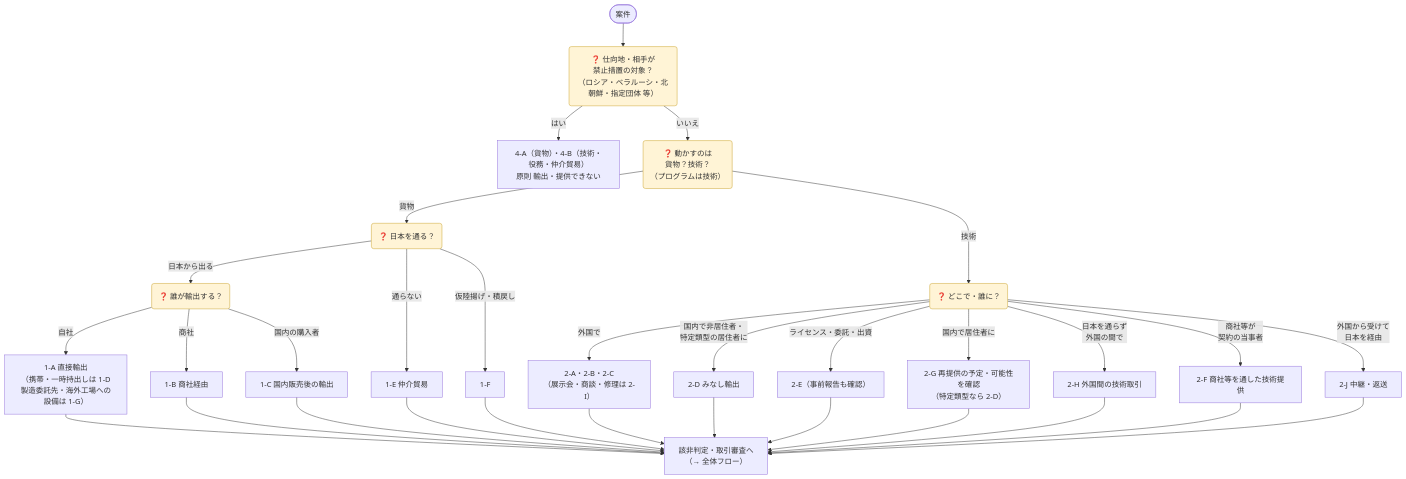
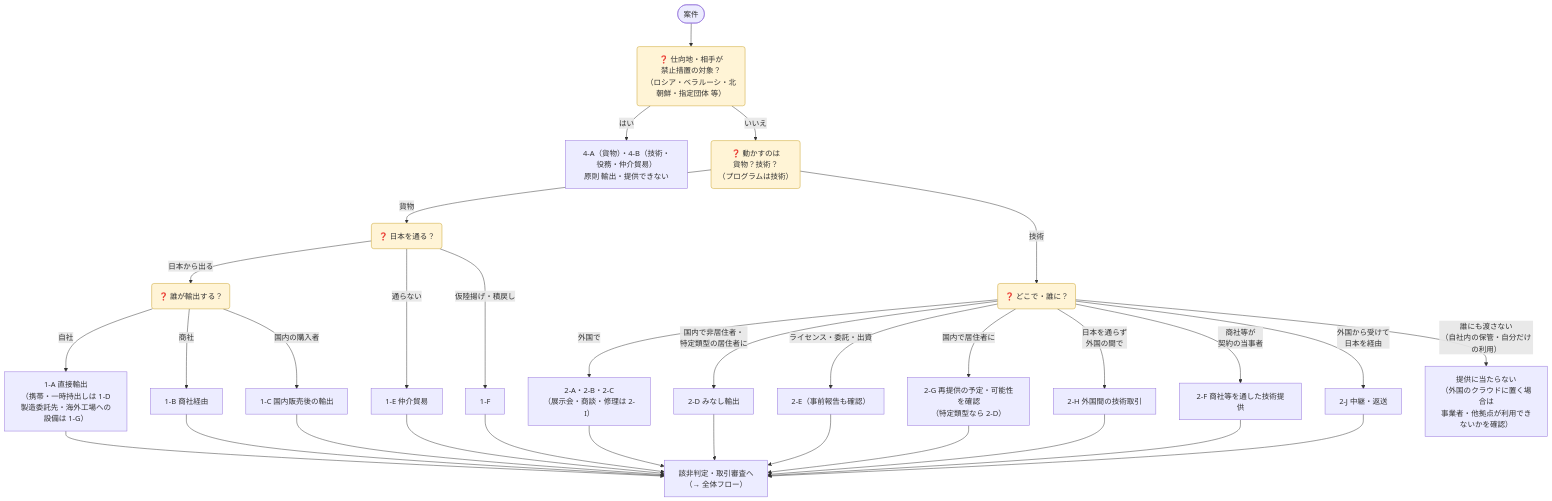
Before and after one commit to bamboo-go/export-control-hub: the second of 3 diagrams in content/ja/docs/01-overview/export-patterns/index.md, drawn with Mermaid. The commit also changed other lines of this file, not shown here.

Commit message:
Handle own-use cloud storage and exports out of U.S. servers in the decision flows

````diff
--- a/content/ja/docs/01-overview/export-patterns/index.md
+++ b/content/ja/docs/01-overview/export-patterns/index.md
@@ -101,24 +101,25 @@
 ```mermaid
 flowchart TD
   S(["案件"]) --> P("❓ 仕向地・相手が<br/>禁止措置の対象？<br/>（ロシア・ベラルーシ・北朝鮮・指定団体 等）")
   P -- はい --> X["4-A（貨物）・4-B（技術・役務・仲介貿易）<br/>原則 輸出・提供できない"]
   P -- いいえ --> O("❓ 動かすのは<br/>貨物？技術？<br/>（プログラムは技術）")
   O -- 貨物 --> W("❓ 日本を通る？")
   W -- 通らない --> E1["1-E 仲介貿易"]
   W -- 仮陸揚げ・積戻し --> F1["1-F"]
   W -- 日本から出る --> H("❓ 誰が輸出する？")
   H -- 自社 --> A1["1-A 直接輸出<br/>（携帯・一時持出しは 1-D<br/>製造委託先・海外工場への設備は 1-G）"]
   H -- 商社 --> B1["1-B 商社経由"]
   H -- 国内の購入者 --> C1["1-C 国内販売後の輸出"]
   O -- 技術 --> T("❓ どこで・誰に？")
   T -- 外国で --> T1["2-A・2-B・2-C<br/>（展示会・商談・修理は 2-I）"]
   T -- 国内で非居住者・<br/>特定類型の居住者に --> T2["2-D みなし輸出"]
   T -- ライセンス・委託・出資 --> T3["2-E（事前報告も確認）"]
   T -- 国内で居住者に --> T4["2-G 再提供の予定・可能性を確認<br/>（特定類型なら 2-D）"]
   T -- 商社等が<br/>契約の当事者 --> T6["2-F 商社等を通した技術提供"]
   T -- 日本を通らず<br/>外国の間で --> T5["2-H 外国間の技術取引"]
   T -- 外国から受けて<br/>日本を経由 --> T7["2-J 中継・返送"]
+  T -- 誰にも渡さない<br/>（自社内の保管・自分だけの利用） --> T8["提供に当たらない<br/>（外国のクラウドに置く場合は<br/>事業者・他拠点が利用できないかを確認）"]
   A1 & B1 & C1 & E1 & F1 & T1 & T2 & T3 & T4 & T5 & T6 & T7 --> Z["該非判定・取引審査へ<br/>（→ 全体フロー）"]
   classDef q fill:#fff4d6,stroke:#c9a227,color:#333;
   class P,O,W,H,T q;
 ```
````
